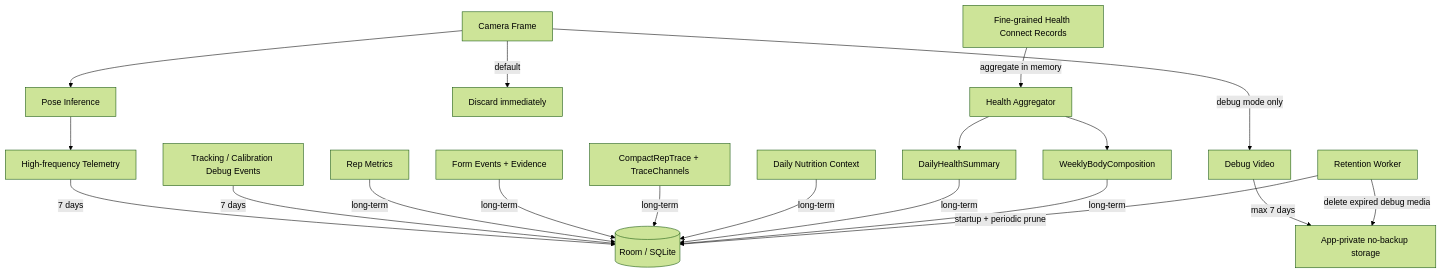
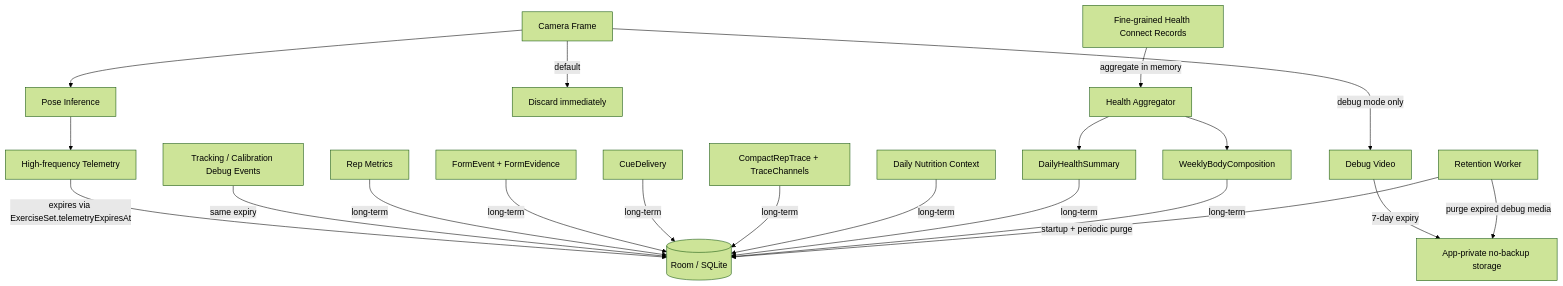
One commit to lazerta/gym-buddy changed the seventh of 7 diagrams in docs/uml/OVERVIEW.md. Above: the diagram before and after it, drawn with Mermaid (forest theme). The commit also changed other lines of this file, not shown here.

Commit message:
UML v0.6: sync overview with final review candidate

````diff
--- a/docs/uml/OVERVIEW.md
+++ b/docs/uml/OVERVIEW.md
@@ -334,21 +358,22 @@
 ```mermaid
 flowchart TD
     F[Camera Frame] --> P[Pose Inference]
     F -->|debug mode only| V[Debug Video]
     F -->|default| D1[Discard immediately]
     P --> T[High-frequency Telemetry]
-    T -->|7 days| DB[(Room / SQLite)]
-    TE[Tracking / Calibration Debug Events] -->|7 days| DB
+    T -->|expires via ExerciseSet.telemetryExpiresAt| DB[(Room / SQLite)]
+    TE[Tracking / Calibration Debug Events] -->|same expiry| DB
     M[Rep Metrics] -->|long-term| DB
-    E[Form Events + Evidence] -->|long-term| DB
+    E[FormEvent + FormEvidence] -->|long-term| DB
+    CD[CueDelivery] -->|long-term| DB
     CT[CompactRepTrace + TraceChannels] -->|long-term| DB
     N[Daily Nutrition Context] -->|long-term| DB
     DH[DailyHealthSummary] -->|long-term| DB
     BC[WeeklyBodyComposition] -->|long-term| DB
     H[Fine-grained Health Connect Records] -->|aggregate in memory| AGG[Health Aggregator]
     AGG --> DH
     AGG --> BC
-    V -->|max 7 days| LF[App-private no-backup storage]
-    RW[Retention Worker] -->|startup + periodic prune| DB
-    RW -->|delete expired debug media| LF
+    V -->|7-day expiry| LF[App-private no-backup storage]
+    RW[Retention Worker] -->|startup + periodic purge| DB
+    RW -->|purge expired debug media| LF
 ```
````
